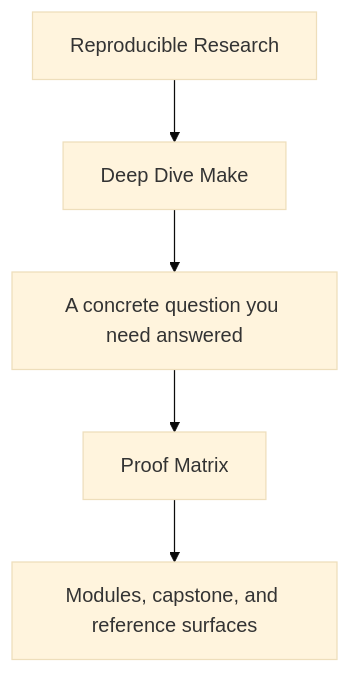
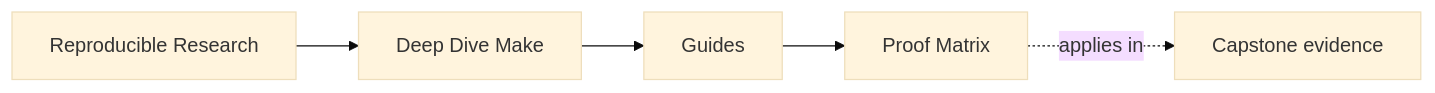
One commit to bijux/bijux-masterclass changed the first of 2 diagrams in programs/reproducible-research/deep-dive-make/course-book/guides/proof-matrix.md. Above: the diagram before and after it, drawn with Mermaid (base theme). The commit also changed other lines of this file and 146 other files, not shown here.

Commit message:
docs(deep-dive-make): map build truth and release review surfaces

````diff
--- a/programs/reproducible-research/deep-dive-make/course-book/guides/proof-matrix.md
+++ b/programs/reproducible-research/deep-dive-make/course-book/guides/proof-matrix.md
@@ -7,7 +7,11 @@
 ```mermaid
-flowchart TD
-  family["Reproducible Research"] --> program["Deep Dive Make"]
-  program --> pressure["A concrete question you need answered"]
-  pressure --> guide["Proof Matrix"]
-  guide --> next["Modules, capstone, and reference surfaces"]
+graph LR
+  family["Reproducible Research"]
+  program["Deep Dive Make"]
+  section["Guides"]
+  page["Proof Matrix"]
+  capstone["Capstone evidence"]
+
+  family --> program --> section --> page
+  page -.applies in.-> capstone
 ```
````
